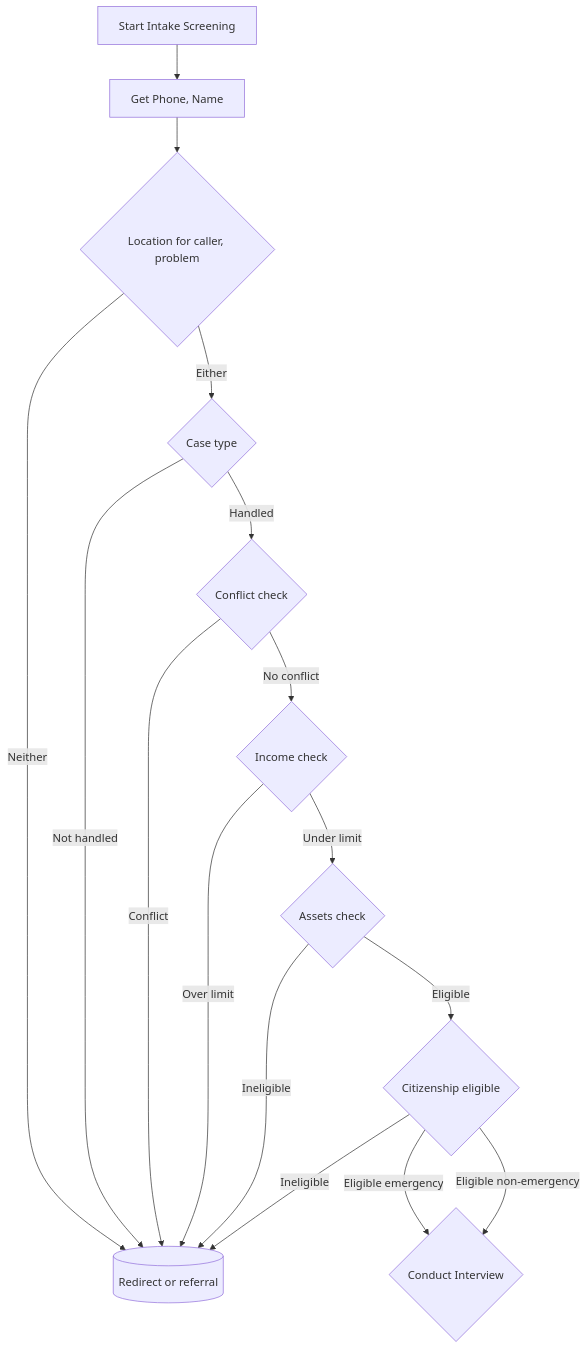
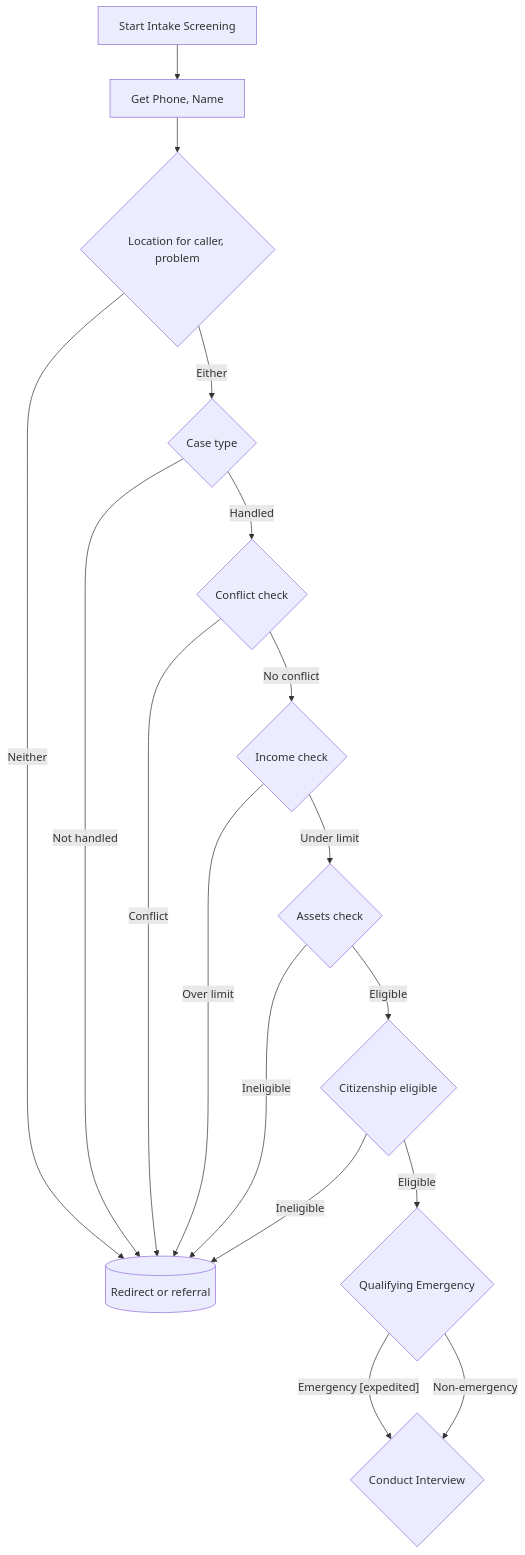
The diagram in README.md (LemmaLegalConsulting/VLAS-Intake), drawn with Mermaid before and after one commit.

Commit message:
chore: updated flow chart

````diff
--- a/README.md
+++ b/README.md
@@ -7,30 +7,33 @@
 ```mermaid
 flowchart TD
     start[Start Intake Screening]
     get_phone_name[Get Phone, Name]
     location{Location for caller, problem}
     exit[(Redirect or referral)]
     case_type{Case type}
     check_conflict{Conflict check}
     check_income{Income check}
     check_assets{Assets check}
     check_citizenship{Citizenship eligible}
+    check_emergency{Qualifying Emergency}
     conduct_interview{Conduct Interview}
 
 
     start --> get_phone_name
     get_phone_name --> location
     location -- Neither --> exit
     location -- Either --> case_type
     case_type -- Handled --> check_conflict
     case_type -- Not handled --> exit
     check_conflict -- Conflict --> exit
     check_conflict -- No conflict --> check_income
     check_income -- Under limit --> check_assets
     check_income -- Over limit --> exit
     check_assets -- Eligible --> check_citizenship
     check_assets -- Ineligible --> exit
+    check_citizenship -- Eligible --> check_emergency
     check_citizenship -- Ineligible --> exit
-    check_citizenship -- Eligible emergency --> conduct_interview
-    check_citizenship -- Eligible non-emergency --> conduct_interview
+    check_emergency -- Emergency [expedited] --> conduct_interview
+    check_emergency -- Non-emergency --> conduct_interview
+
 ```
````
